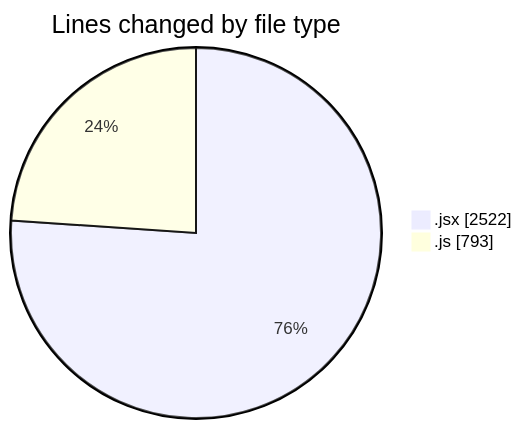
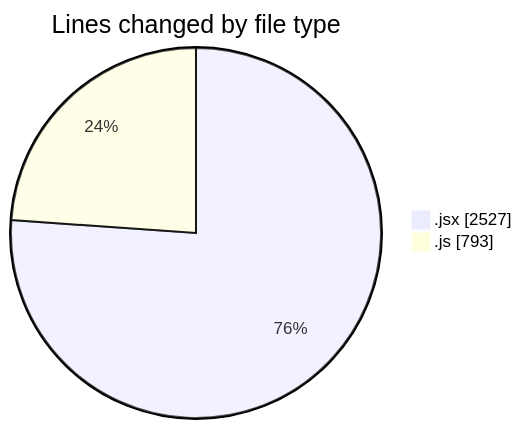
The first of 2 diagrams in 2025-10-27/nxtqube_webapp/README.md (nxtqubesakshisongat/code-tracking), drawn with Mermaid before and after one commit. The commit also changed other lines of this file and 1 other file, not shown here.

````diff
--- a/2025-10-27/nxtqube_webapp/README.md
+++ b/2025-10-27/nxtqube_webapp/README.md
@@ -22,6 +22,6 @@
 ```mermaid
 pie showData
 title Lines changed by file type
-".jsx" : 2522
+".jsx" : 2527
 ".js" : 793
 ```
````
